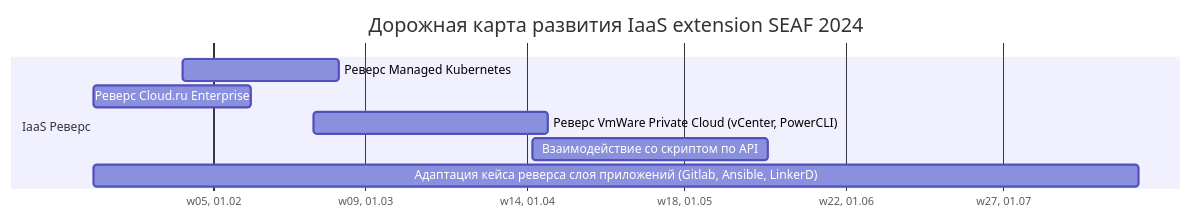
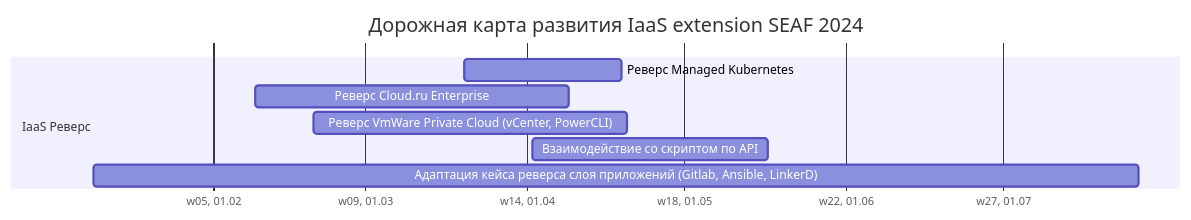
The diagram in docs/SEAF_IAAS_Roadmap_2024.mmd (SEAFTeam/iaas), drawn with Mermaid before and after one commit. The commit also changed 16 other files, not shown here.

```diff
--- a/docs/SEAF_IAAS_Roadmap_2024.mmd
+++ b/docs/SEAF_IAAS_Roadmap_2024.mmd
@@ -1,10 +1,10 @@
 gantt
     dateFormat  YY-MM-DD
     axisFormat w%W, %d.%m
     title       Дорожная карта развития IaaS extension SEAF 2024
     section IaaS Реверс
-        Реверс Managed Kubernetes                                           :       24-01-26, 30d
-        Реверс Cloud.ru Enterprise                                          :       24-01-09, 30d
-        Реверс VmWare Private Cloud (vCenter, PowerCLI)                     :       24-02-20, 45d
+        Реверс Managed Kubernetes                                           :       24-03-20, 30d
+        Реверс Cloud.ru Enterprise                                          :       24-02-09, 60d
+        Реверс VmWare Private Cloud (vCenter, PowerCLI)                     :       24-02-20, 60d
         Взаимодействие со скриптом по API                                   :       24-04-02, 45d
         Адаптация кейса реверса слоя приложений (Gitlab, Ansible, LinkerD)  :       24-01-09, 200d
```
